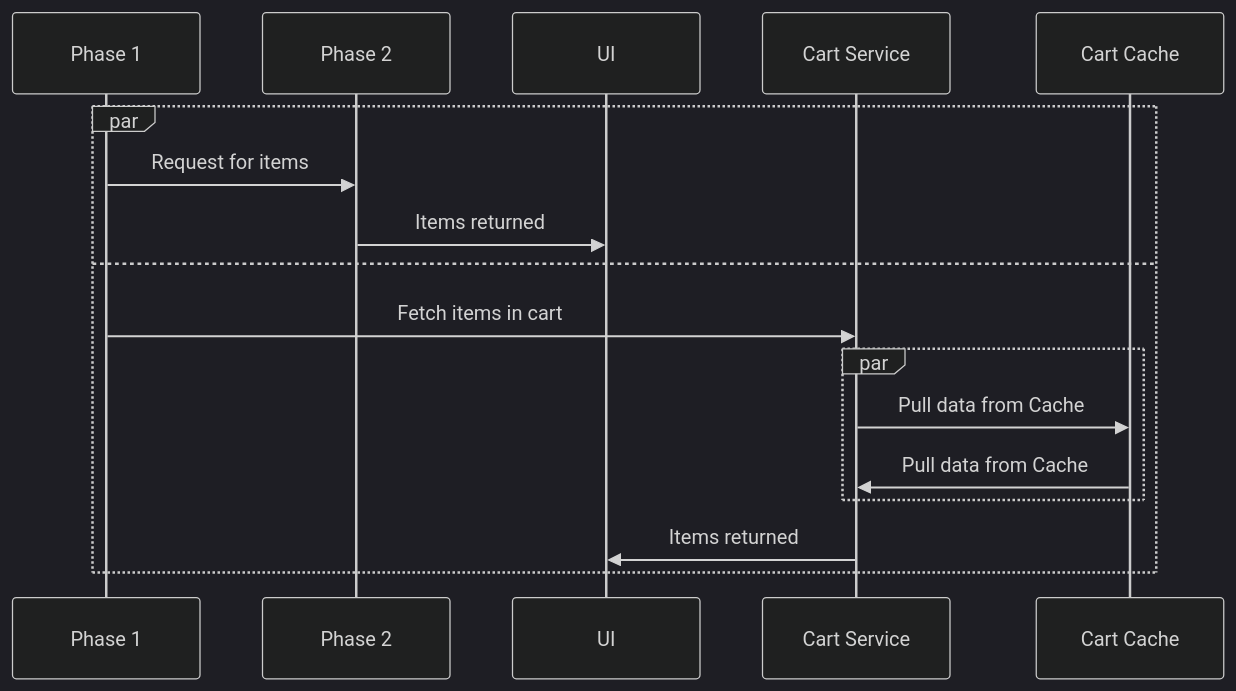
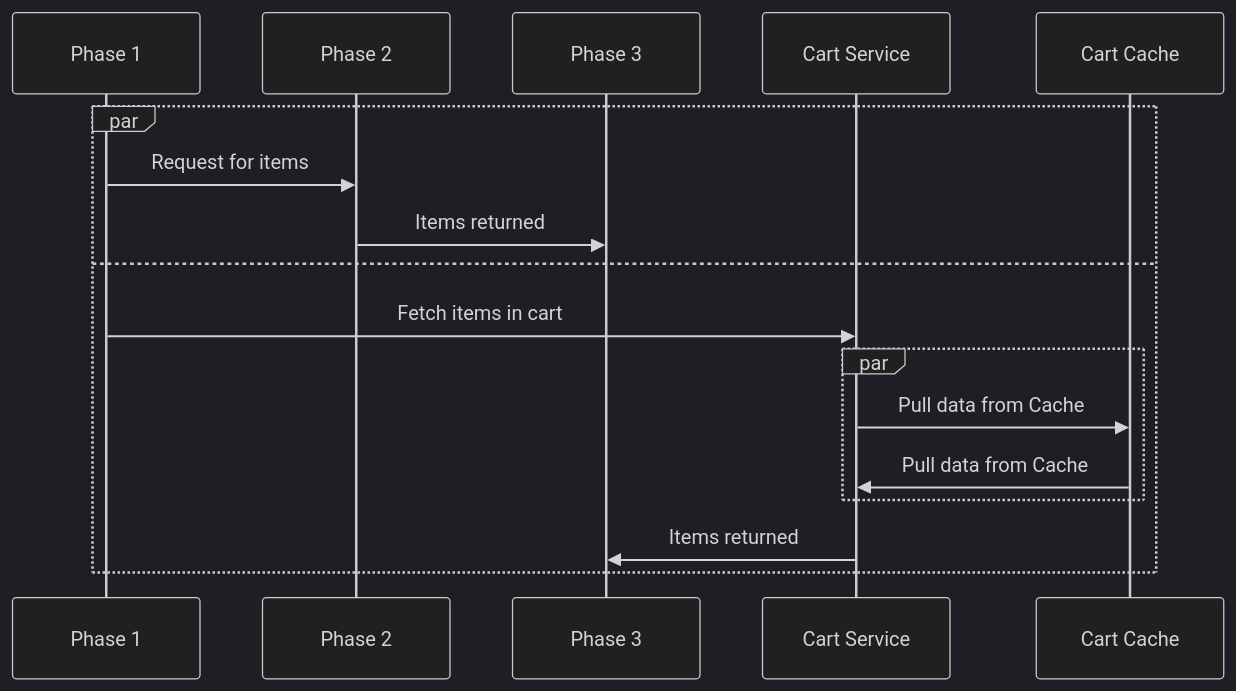
Before and after one commit to mgifford/mermaid-graphs: the second of 2 diagrams in blueprint.md, drawn with Mermaid (dark theme).

````diff
--- a/blueprint.md
+++ b/blueprint.md
@@ -23,14 +23,14 @@
 ```mermaid
 sequenceDiagram
     par 
         Phase 1->>Phase 2: Request for items
-    Phase 2->>UI: Items returned
+    Phase 2->>Phase 3: Items returned
     and 
          Phase 1->>Cart Service: Fetch items in cart
         par 
             Cart Service->>Cart Cache: Pull data from Cache
             Cart Cache->>Cart Service: Pull data from Cache
         end
-    Cart Service->>UI: Items returned
+    Cart Service->>Phase 3: Items returned
     end
 ```
````
